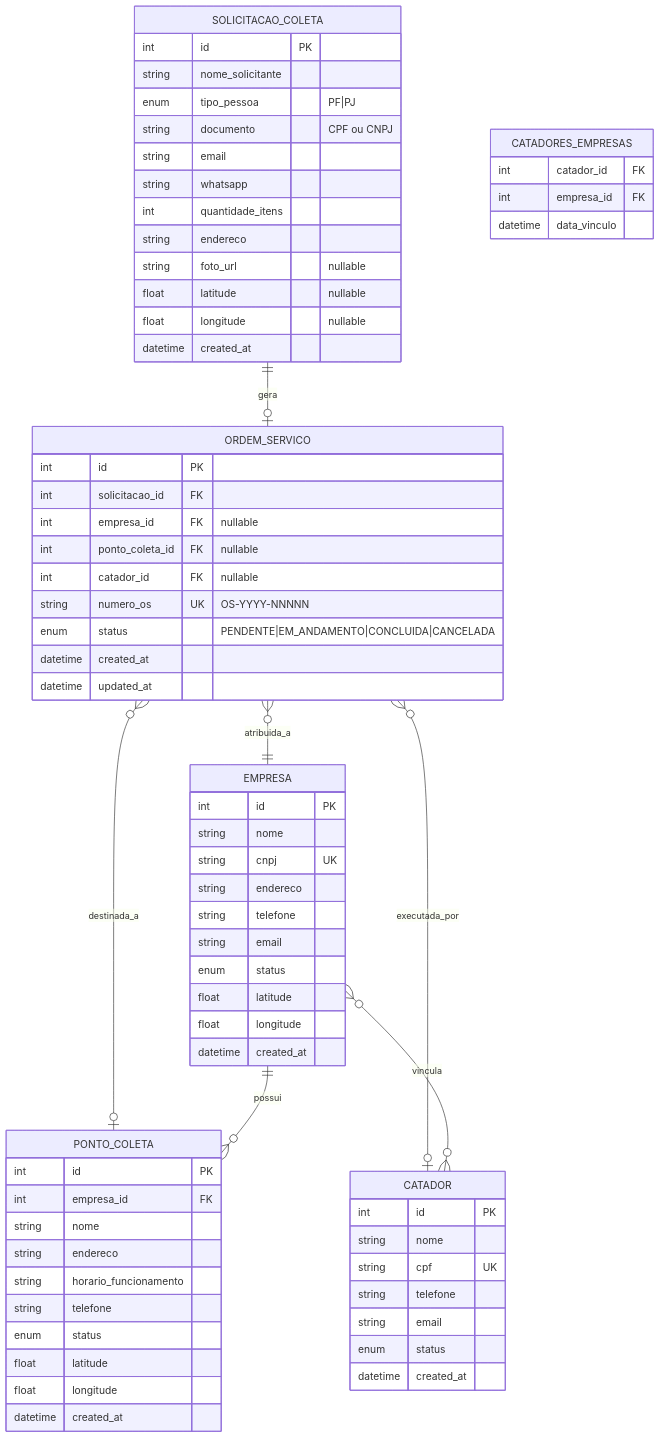
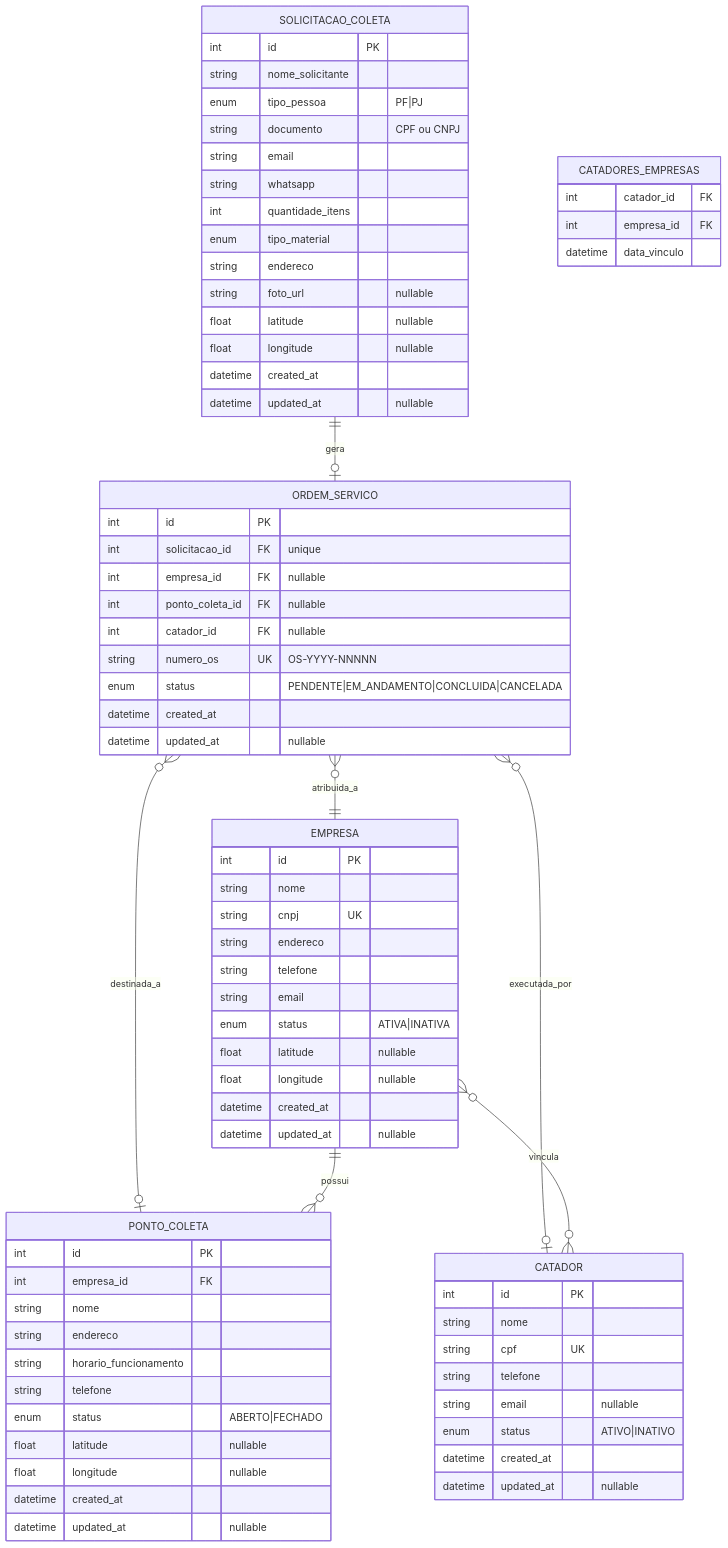
The second of 4 diagrams in README.md (devsdeimpacto/backend), drawn with Mermaid before and after one commit. The commit also changed other lines of this file, not shown here.

```diff
--- a/README.md
+++ b/README.md
@@ -82,23 +82,25 @@
         string email
         string whatsapp
         int quantidade_itens
+        enum tipo_material 
         string endereco
         string foto_url "nullable"
         float latitude "nullable"
         float longitude "nullable"
         datetime created_at
+        datetime updated_at "nullable"
     }
     
     ORDEM_SERVICO {
         int id PK
-        int solicitacao_id FK
+        int solicitacao_id FK "unique"
         int empresa_id FK "nullable"
         int ponto_coleta_id FK "nullable"
         int catador_id FK "nullable"
         string numero_os UK "OS-YYYY-NNNNN"
         enum status "PENDENTE|EM_ANDAMENTO|CONCLUIDA|CANCELADA"
         datetime created_at
-        datetime updated_at
+        datetime updated_at "nullable"
     }
     
     EMPRESA {
@@ -108,10 +110,11 @@
         string endereco
         string telefone
         string email
-        enum status
-        float latitude
-        float longitude
+        enum status "ATIVA|INATIVA"
+        float latitude "nullable"
+        float longitude "nullable"
         datetime created_at
+        datetime updated_at "nullable"
     }
     
     PONTO_COLETA {
@@ -121,10 +124,11 @@
         string endereco
         string horario_funcionamento
         string telefone
-        enum status
-        float latitude
-        float longitude
+        enum status "ABERTO|FECHADO"
+        float latitude "nullable"
+        float longitude "nullable"
         datetime created_at
+        datetime updated_at "nullable"
     }
     
     CATADOR {
@@ -132,9 +136,10 @@
         string nome
         string cpf UK
         string telefone
-        string email
-        enum status
+        string email "nullable"
+        enum status "ATIVO|INATIVO"
         datetime created_at
+        datetime updated_at "nullable"
     }
     
     CATADORES_EMPRESAS {
```
